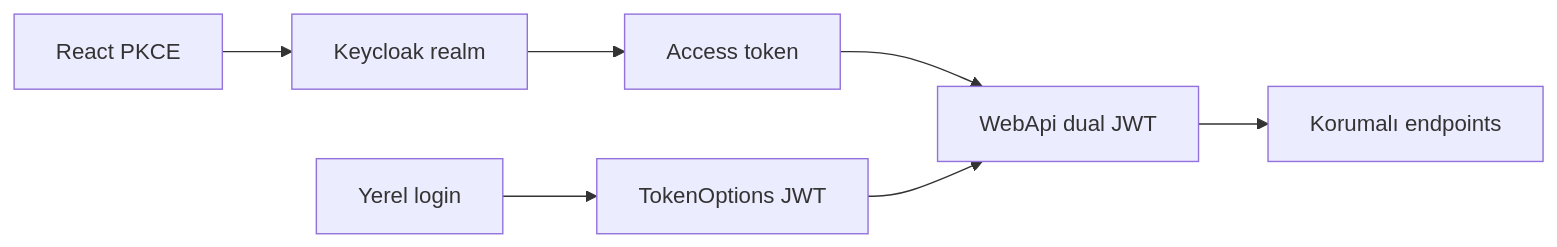
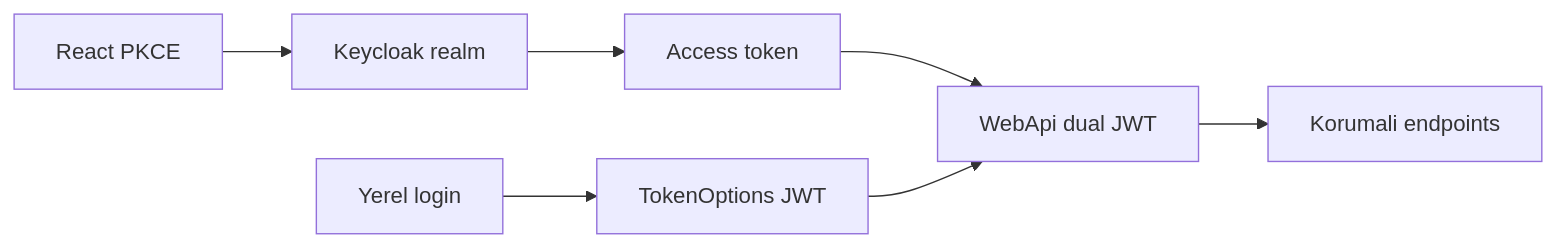
The first of 2 diagrams in docs/learning/tr/33-keycloak-lab.md (fdeniz07/BankApp), drawn with Mermaid before and after one commit. The commit also changed other lines of this file and 105 other files, not shown here.

First line of the commit message:
doc: Enrich learning chapters with labs, pitfalls, and safe Mermaid

````diff
--- a/docs/learning/tr/33-keycloak-lab.md
+++ b/docs/learning/tr/33-keycloak-lab.md
@@ -11,9 +13,9 @@
 ```mermaid
 flowchart LR
-  KC[Keycloak realm] --> JWT[Access token]
-  JWT --> DUAL[WebApi dual JWT]
-  DUAL --> API[Korumalı endpoints]
-  SPA[React PKCE] --> KC
-  LOC[Yerel login] --> JWT2[TokenOptions JWT]
+  KC["Keycloak realm"] --> JWT["Access token"]
+  JWT --> DUAL["WebApi dual JWT"]
+  DUAL --> API["Korumali endpoints"]
+  SPA["React PKCE"] --> KC
+  LOC["Yerel login"] --> JWT2["TokenOptions JWT"]
   JWT2 --> DUAL
 ```
````
